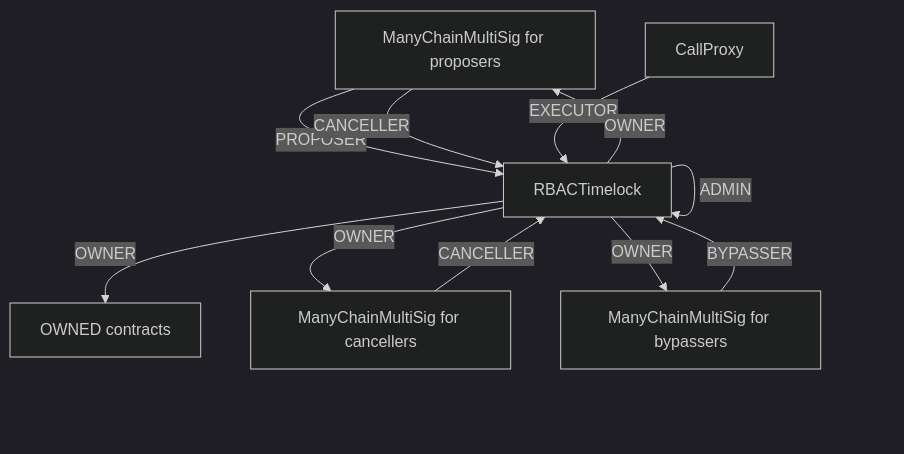
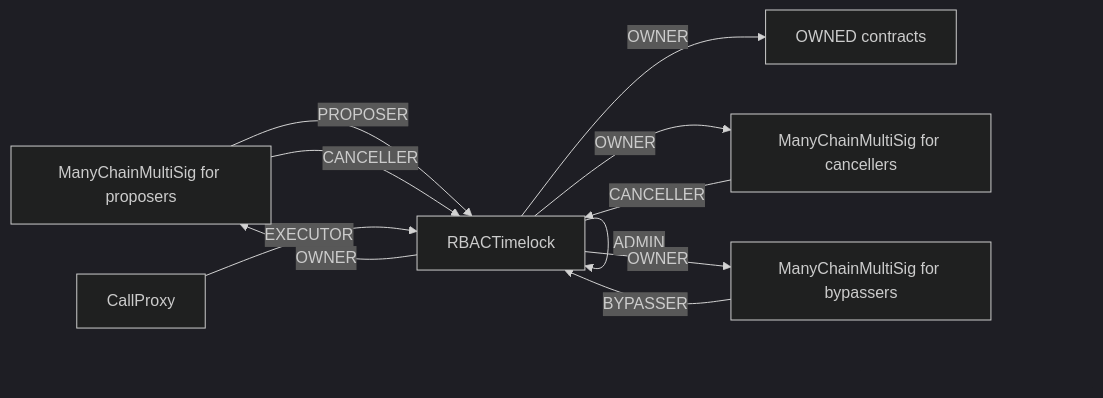
Before and after one commit to code-423n4/2023-07-chainlink: the first of 3 diagrams in README.md, drawn with Mermaid (dark theme).

Commit message:
Better mermaid layout

````diff
--- a/README.md
+++ b/README.md
@@ -37,19 +37,19 @@
 ```mermaid
-graph TD;
+graph LR;
     owned[OWNED contracts];
     prop[ManyChainMultiSig for proposers];
     cancel[ManyChainMultiSig for cancellers];
     forwarder[CallProxy];
     timelock[RBACTimelock];
     emerg[ManyChainMultiSig for bypassers];
     prop --> |PROPOSER| timelock;
     prop --> |CANCELLER| timelock;
     cancel --> |CANCELLER| timelock;
     forwarder --> |EXECUTOR| timelock;
     timelock --> |ADMIN| timelock;
     timelock --> |OWNER| owned;
     timelock --> |OWNER| emerg;
     timelock --> |OWNER| cancel;
     timelock --> |OWNER| prop;
     emerg --> |BYPASSER| timelock;
 ```
````
